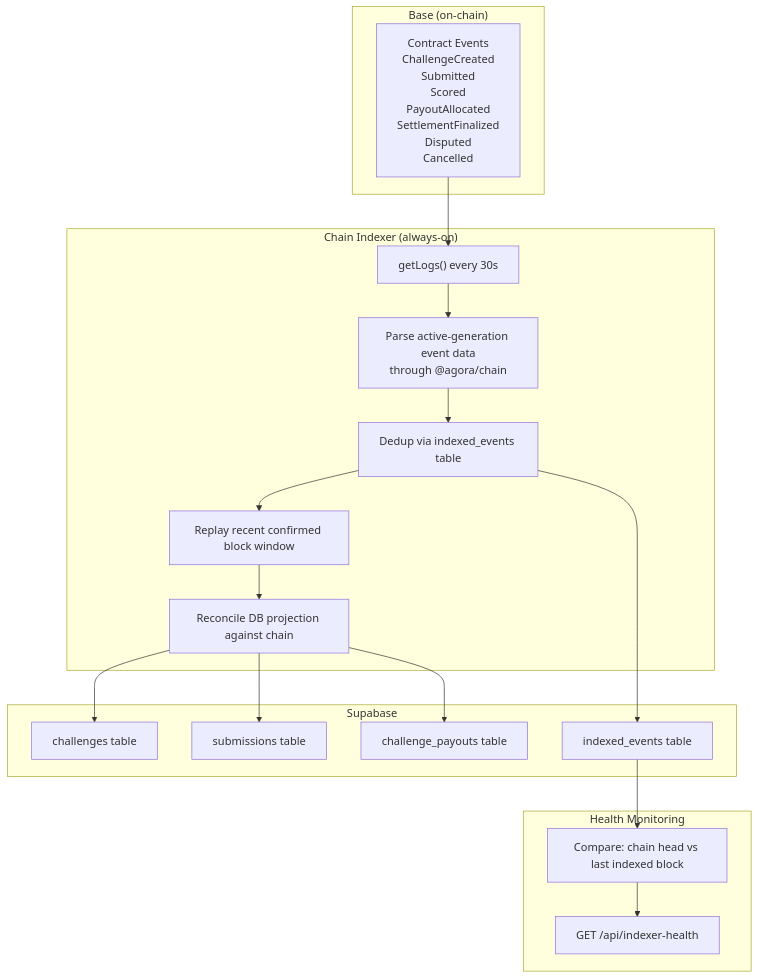
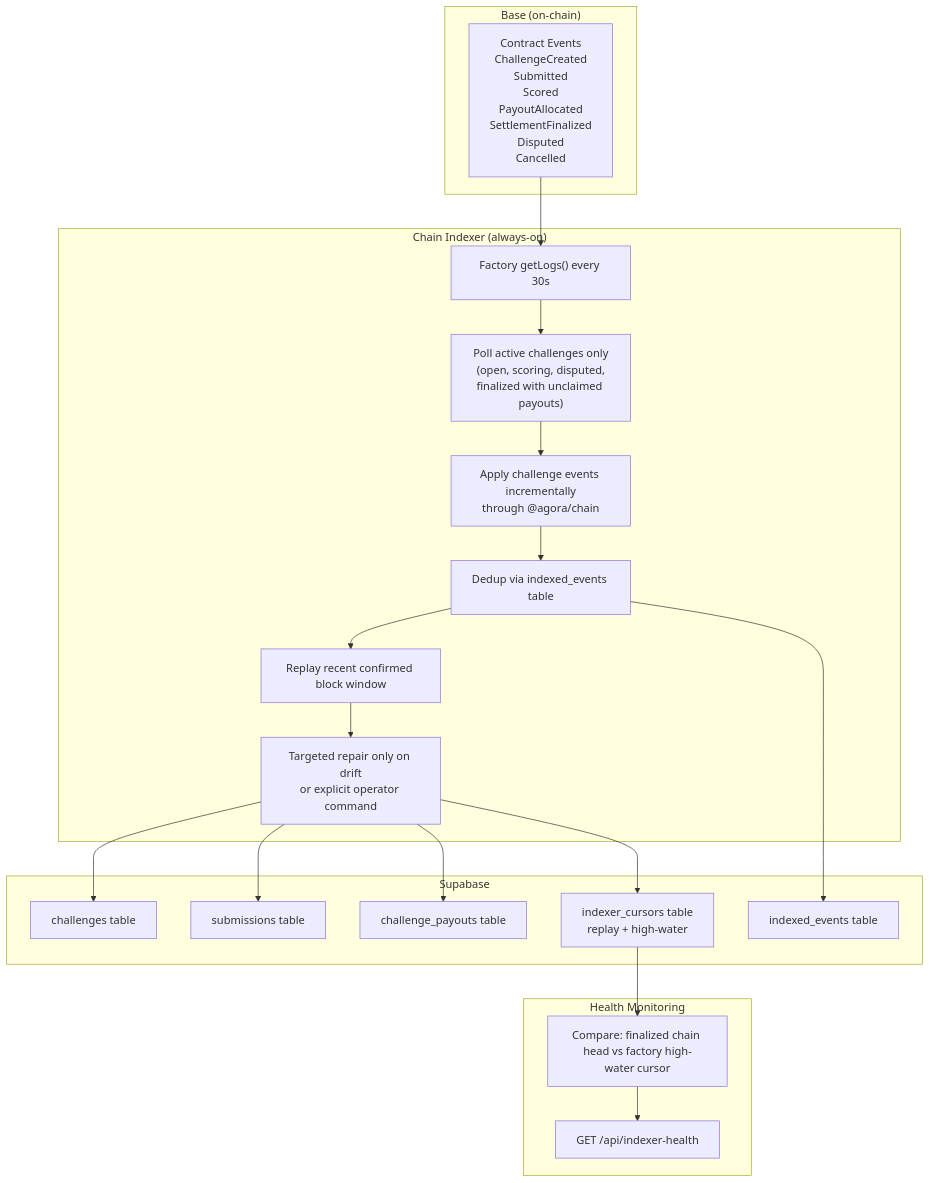
The second of 2 diagrams in docs/data-and-indexing.md (andymolecule/Hermes), drawn with Mermaid before and after one commit. The commit also changed other lines of this file and 11 other files, not shown here.

Commit message:
Refactor indexer hot path around active challenge polling

````diff
--- a/docs/data-and-indexing.md
+++ b/docs/data-and-indexing.md
@@ -259,38 +259,42 @@
 ```mermaid
 flowchart TB
     subgraph Chain["Base (on-chain)"]
         Events["Contract Events<br/>ChallengeCreated<br/>Submitted<br/>Scored<br/>PayoutAllocated<br/>SettlementFinalized<br/>Disputed<br/>Cancelled"]
     end
 
     subgraph Indexer["Chain Indexer (always-on)"]
-        Poller["getLogs() every 30s"]
-        Parser["Parse active-generation event data<br/>through @agora/chain"]
+        Poller["Factory getLogs() every 30s"]
+        Active["Poll active challenges only<br/>(open, scoring, disputed,<br/>finalized with unclaimed payouts)"]
+        Parser["Apply challenge events incrementally<br/>through @agora/chain"]
         Dedup["Dedup via indexed_events table"]
         Replay["Replay recent confirmed block window"]
-        Reconcile["Reconcile DB projection against chain"]
+        Repair["Targeted repair only on drift<br/>or explicit operator command"]
     end
 
     subgraph DB["Supabase"]
         CT["challenges table"]
         ST["submissions table"]
         PT["challenge_payouts table"]
         IE["indexed_events table"]
+        IC["indexer_cursors table<br/>replay + high-water"]
     end
 
     subgraph Monitor["Health Monitoring"]
         Health["GET /api/indexer-health"]
-        Lag["Compare: chain head vs last indexed block"]
+        Lag["Compare: finalized chain head vs factory high-water cursor"]
     end
 
     Events --> Poller
-    Poller --> Parser
+    Poller --> Active
+    Active --> Parser
     Parser --> Dedup
     Dedup --> Replay
-    Replay --> Reconcile
-    Reconcile --> CT
-    Reconcile --> ST
-    Reconcile --> PT
+    Replay --> Repair
+    Repair --> CT
+    Repair --> ST
+    Repair --> PT
+    Repair --> IC
     Dedup --> IE
-    IE --> Lag
+    IC --> Lag
     Lag --> Health
 ```
````
